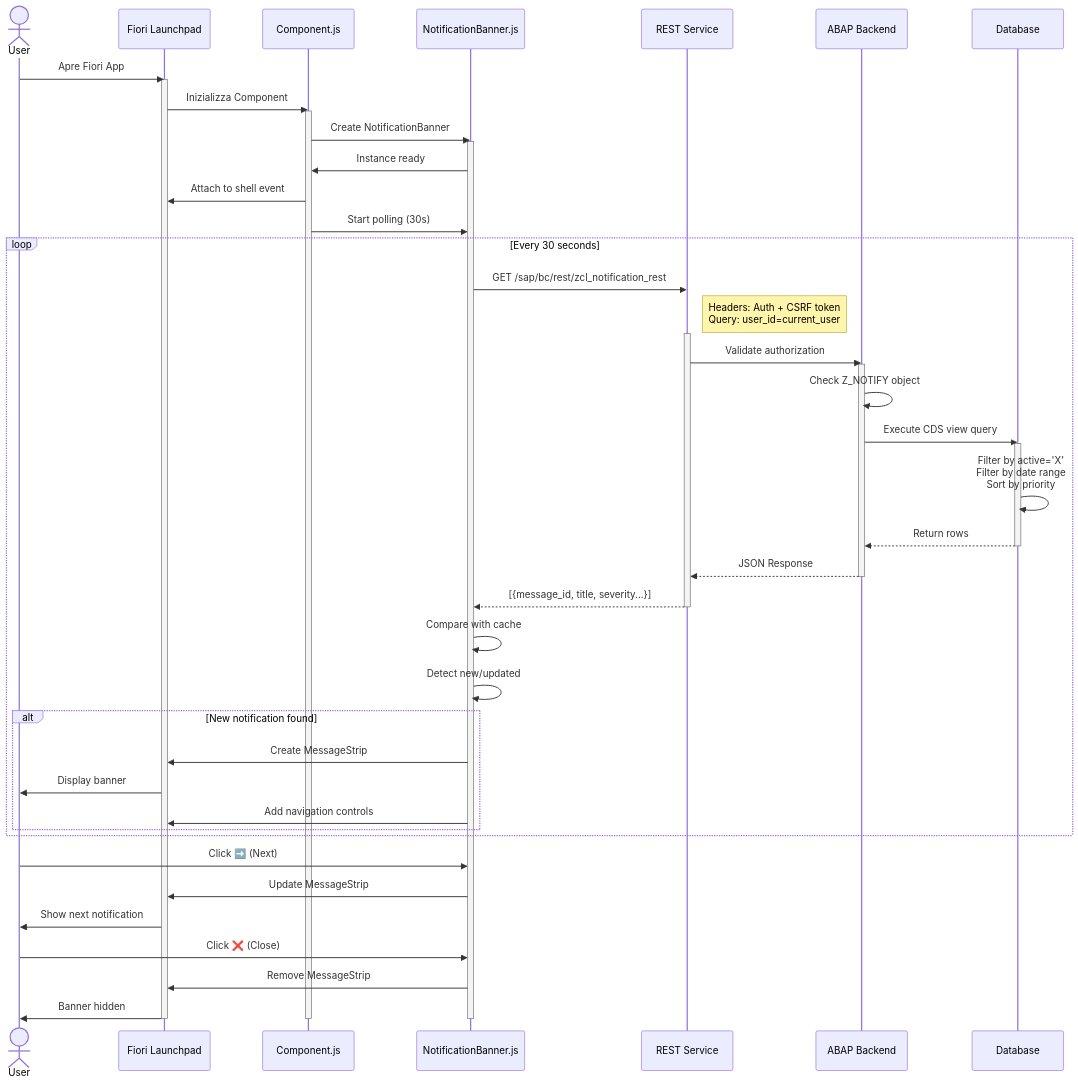
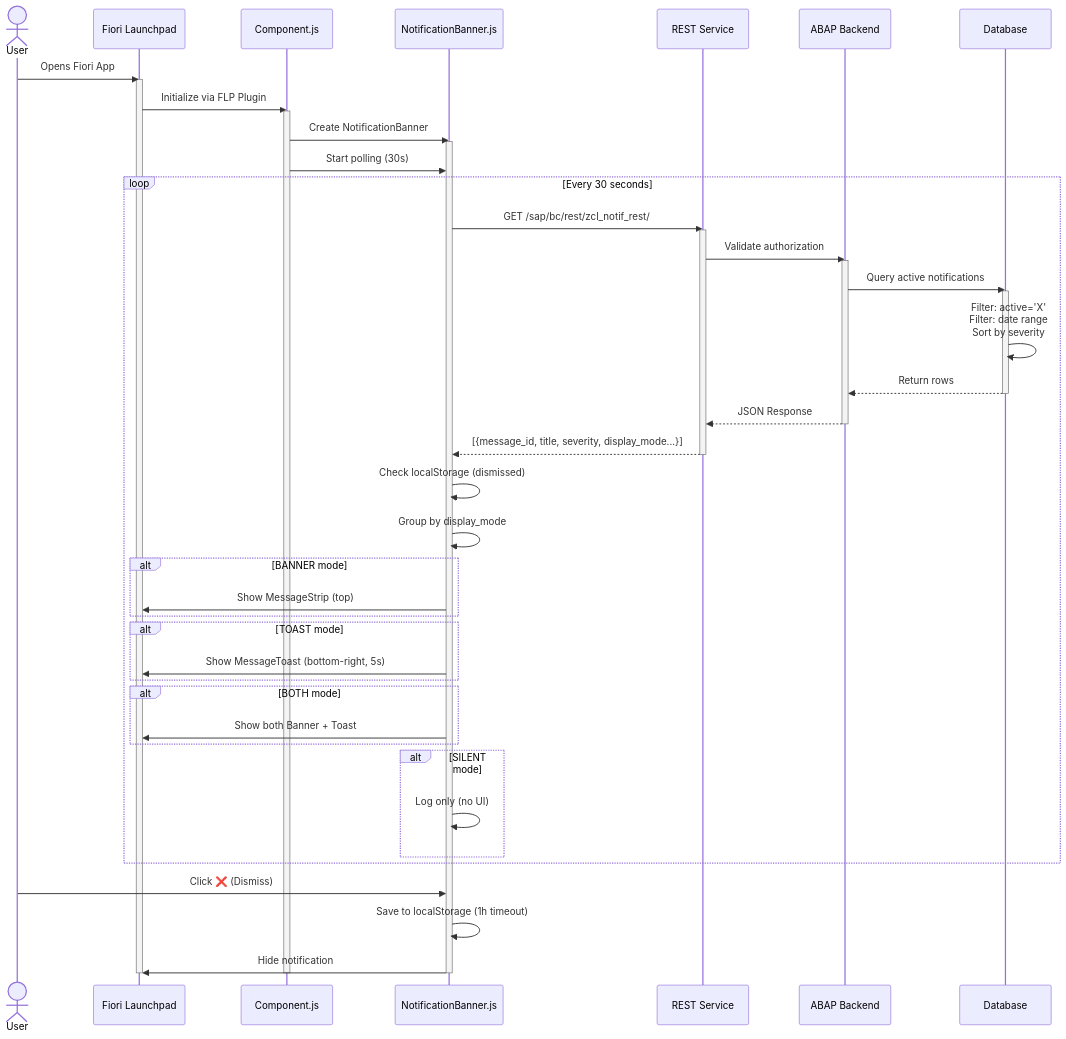
One commit to Raistlin82/sap-fiori-notification-banner changed the second of 5 diagrams in docs/ARCHITECTURE.md. Above: the diagram before and after it, drawn with Mermaid. The commit also changed other lines of this file and 4 other files, not shown here.

````diff
--- a/docs/ARCHITECTURE.md
+++ b/docs/ARCHITECTURE.md
@@ -62,59 +54,61 @@
 ```mermaid
 sequenceDiagram
     actor User
     participant FLP as Fiori Launchpad
     participant Comp as Component.js
     participant Banner as NotificationBanner.js
     participant REST as REST Service
     participant Backend as ABAP Backend
     participant DB as Database
 
-    User->>FLP: Apre Fiori App
+    User->>FLP: Opens Fiori App
     activate FLP
-    FLP->>Comp: Inizializza Component
+    FLP->>Comp: Initialize via FLP Plugin
     activate Comp
     Comp->>Banner: Create NotificationBanner
     activate Banner
-    Banner->>Comp: Instance ready
-    Comp->>FLP: Attach to shell event
     Comp->>Banner: Start polling (30s)
 
     loop Every 30 seconds
-        Banner->>REST: GET /sap/bc/rest/zcl_notification_rest
-        Note right of REST: Headers: Auth + CSRF token<br/>Query: user_id=current_user
+        Banner->>REST: GET /sap/bc/rest/zcl_notif_rest/
         activate REST
         REST->>Backend: Validate authorization
         activate Backend
-        Backend->>Backend: Check Z_NOTIFY object
-        Backend->>DB: Execute CDS view query
+        Backend->>DB: Query active notifications
         activate DB
-        DB->>DB: Filter by active='X'<br/>Filter by date range<br/>Sort by priority
+        DB->>DB: Filter: active='X'<br/>Filter: date range<br/>Sort by severity
         DB-->>Backend: Return rows
         deactivate DB
         Backend-->>REST: JSON Response
         deactivate Backend
-        REST-->>Banner: [{message_id, title, severity...}]
+        REST-->>Banner: [{message_id, title, severity, display_mode...}]
         deactivate REST
 
-        Banner->>Banner: Compare with cache
-        Banner->>Banner: Detect new/updated
+        Banner->>Banner: Check localStorage (dismissed)
+        Banner->>Banner: Group by display_mode
 
-        alt New notification found
-            Banner->>FLP: Create MessageStrip
-            FLP->>User: Display banner
-            Banner->>FLP: Add navigation controls
+        alt BANNER mode
+            Banner->>FLP: Show MessageStrip (top)
+        end
+
+        alt TOAST mode
+            Banner->>FLP: Show MessageToast (bottom-right, 5s)
+        end
+
+        alt BOTH mode
+            Banner->>FLP: Show both Banner + Toast
+        end
+
+        alt SILENT mode
+            Banner->>Banner: Log only (no UI)
         end
     end
 
-    User->>Banner: Click ➡️ (Next)
-    Banner->>FLP: Update MessageStrip
-    FLP->>User: Show next notification
-
-    User->>Banner: Click ❌ (Close)
-    Banner->>FLP: Remove MessageStrip
-    FLP->>User: Banner hidden
+    User->>Banner: Click ❌ (Dismiss)
+    Banner->>Banner: Save to localStorage (1h timeout)
+    Banner->>FLP: Hide notification
 
     deactivate Banner
     deactivate Comp
     deactivate FLP
 ```
````
